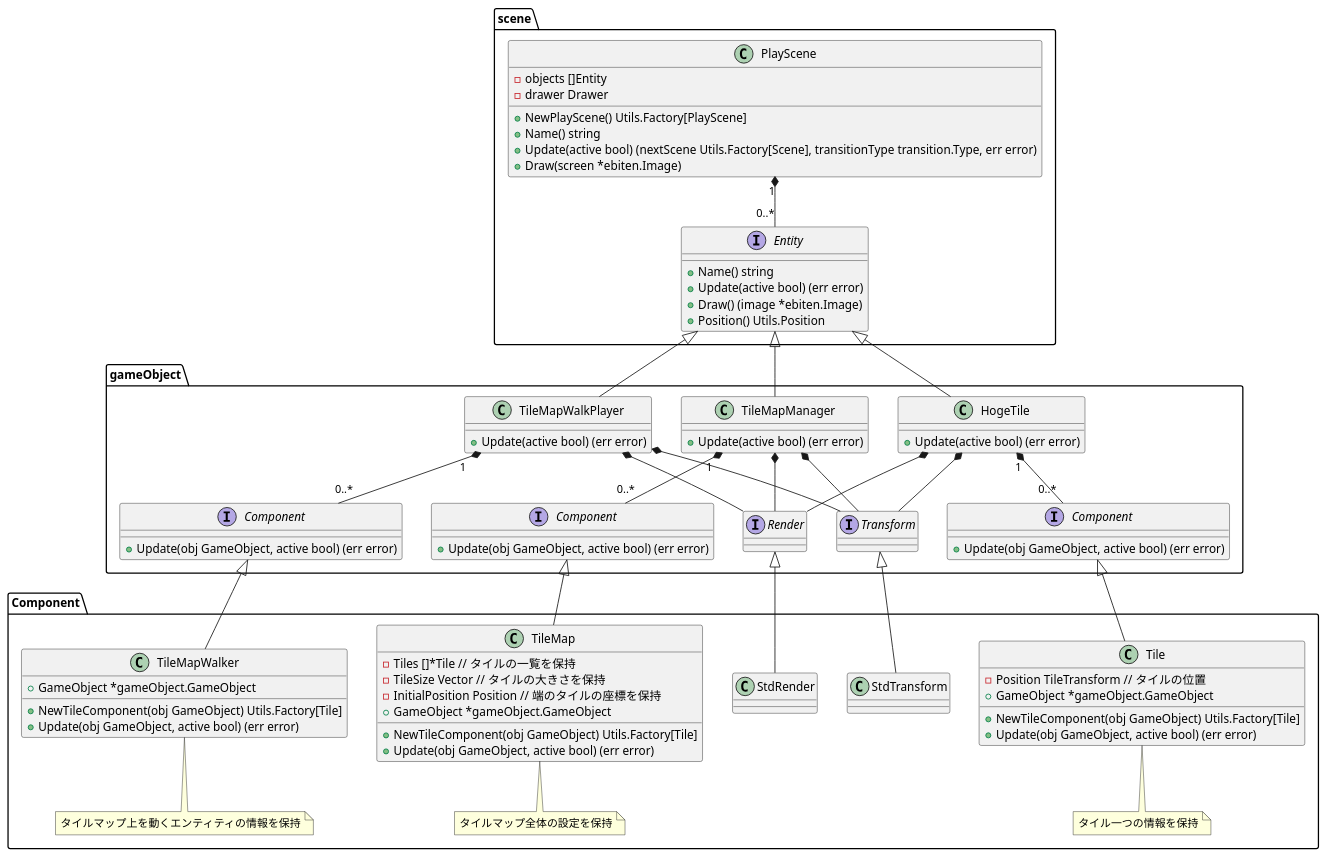
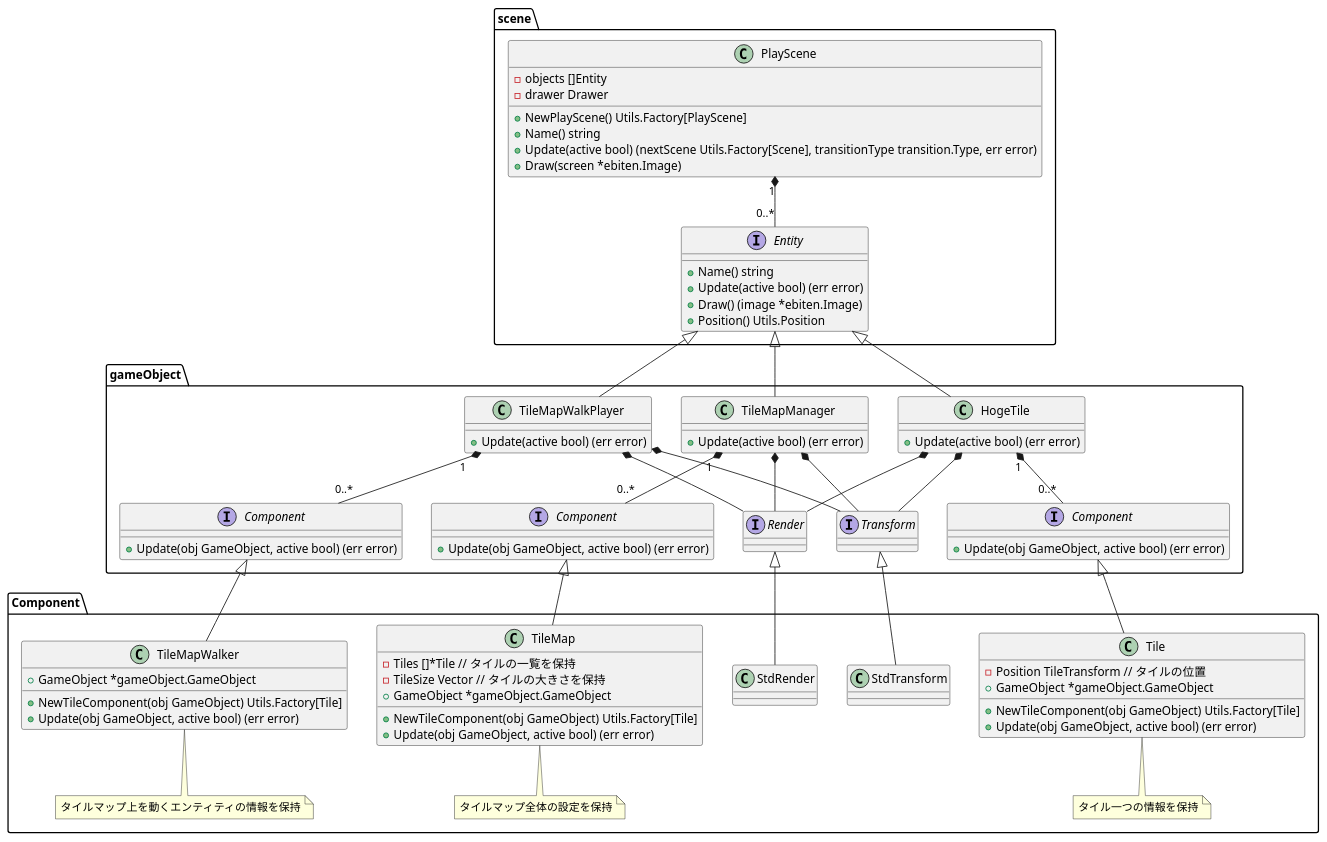
Before and after one commit to kmc-jp/Gamedev_Tempura-of-p--Phenylazo-phenol: the diagram in Docs/TileMap_class_diagram.puml, drawn with PlantUML.

Commit message:
よく考えるとTileの初期位置は(0,0)が自然

```diff
--- a/Docs/TileMap_class_diagram.puml
+++ b/Docs/TileMap_class_diagram.puml
@@ -1,117 +1,116 @@
 @startuml TileMap_class_diagram
 package scene {
     class PlayScene {
         - objects []Entity
         - drawer Drawer
         + NewPlayScene() Utils.Factory[PlayScene]
         + Name() string
         + Update(active bool) (nextScene Utils.Factory[Scene], transitionType transition.Type, err error)
         + Draw(screen *ebiten.Image)
     }
 
     PlayScene "1" *-- "0..*" Entity
 
     interface Entity {
         + Name() string
         + Update(active bool) (err error)
         + Draw() (image *ebiten.Image)
         + Position() Utils.Position
     }
 }
 
 package gameObject {
     class HogeTile {
         + Update(active bool) (err error)
     }
 
     HogeTile -up-|> scene.Entity
     
     HogeTile *-- Transform
     HogeTile *-- Render
     HogeTile "1" *-- "0..*" Component1
 
     class TileMapManager {
         + Update(active bool) (err error)
     }
 
     TileMapManager -up-|> scene.Entity
     
     TileMapManager *-- Transform
     TileMapManager *-- Render
     TileMapManager "1" *-- "0..*" Component2
 
     class TileMapWalkPlayer {
         + Update(active bool) (err error)
     }
 
     TileMapWalkPlayer -up-|> scene.Entity
     
     TileMapWalkPlayer *-- Transform
     TileMapWalkPlayer *-- Render
     TileMapWalkPlayer "1" *-- "0..*" Component3
 
 
     interface Transform {
     }
 
     interface Render {
     }
 
     interface "Component" as Component1 {
         + Update(obj GameObject, active bool) (err error)
     }
 
     interface "Component" as Component2 {
         + Update(obj GameObject, active bool) (err error)
     }
 
     interface "Component" as Component3 {
         + Update(obj GameObject, active bool) (err error)
     }
 }
 
 package Component {
     class Tile {
         - Position TileTransform // タイルの位置
         + GameObject *gameObject.GameObject
         + NewTileComponent(obj GameObject) Utils.Factory[Tile]
         + Update(obj GameObject, active bool) (err error)
     }
     note bottom of Tile : タイル一つの情報を保持
 
 
     Tile -up-|> gameObject.Component1
 
     class TileMap {
         - Tiles []*Tile // タイルの一覧を保持
         - TileSize Vector // タイルの大きさを保持
-        - InitialPosition Position // 端のタイルの座標を保持
         + GameObject *gameObject.GameObject
         + NewTileComponent(obj GameObject) Utils.Factory[Tile]
         + Update(obj GameObject, active bool) (err error)
     }
     note bottom of TileMap : タイルマップ全体の設定を保持
 
     TileMap -up-|> gameObject.Component2
 
     class TileMapWalker {
         + GameObject *gameObject.GameObject
         + NewTileComponent(obj GameObject) Utils.Factory[Tile]
         + Update(obj GameObject, active bool) (err error)
     }
     note bottom of TileMapWalker : タイルマップ上を動くエンティティの情報を保持
 
     TileMapWalker -up-|> gameObject.Component3
 
     class StdTransform {
     }
 
     StdTransform -up-|> gameObject.Transform
 
     class StdRender {
     }
 
     StdRender -up-|> gameObject.Render
 }
 
 @enduml
```
